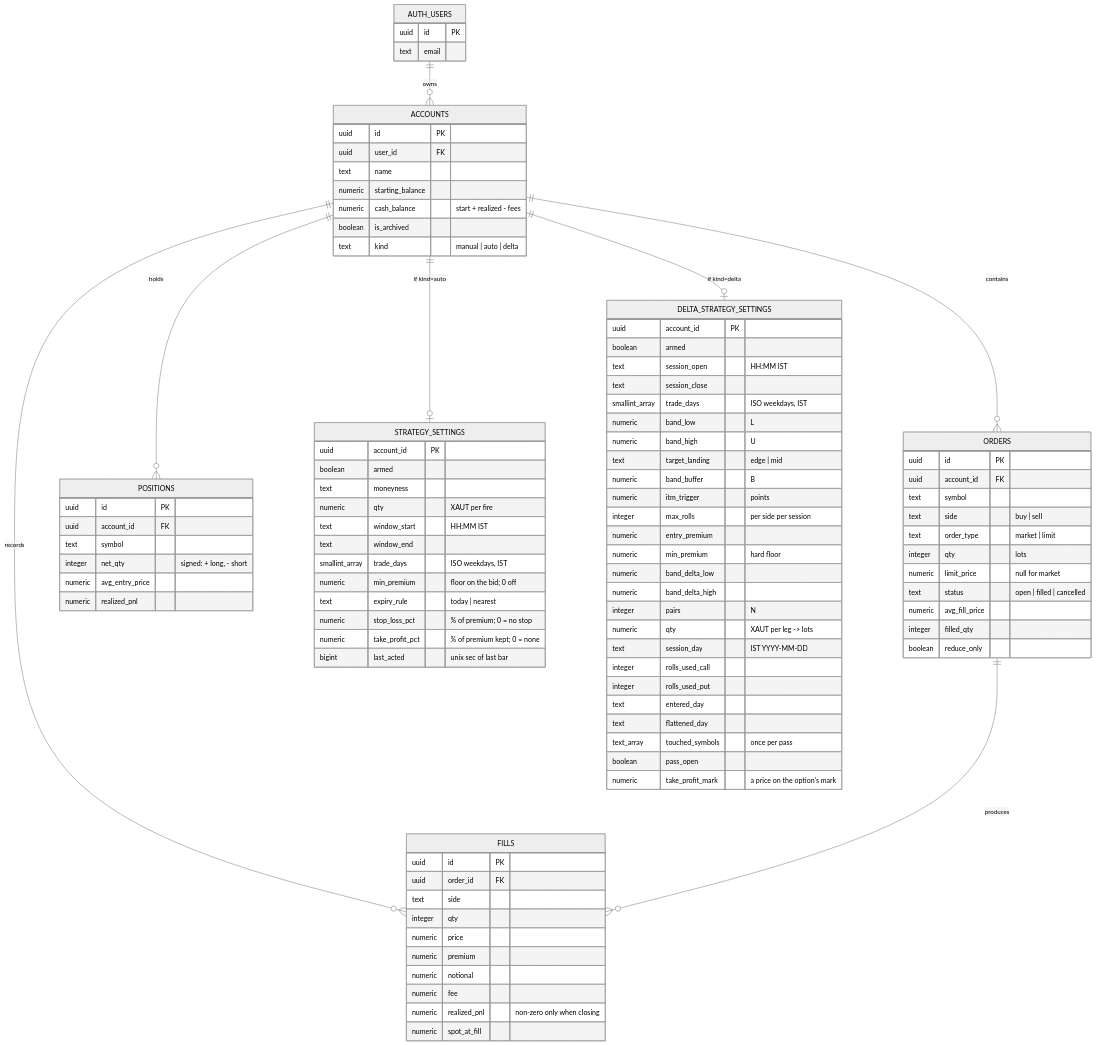
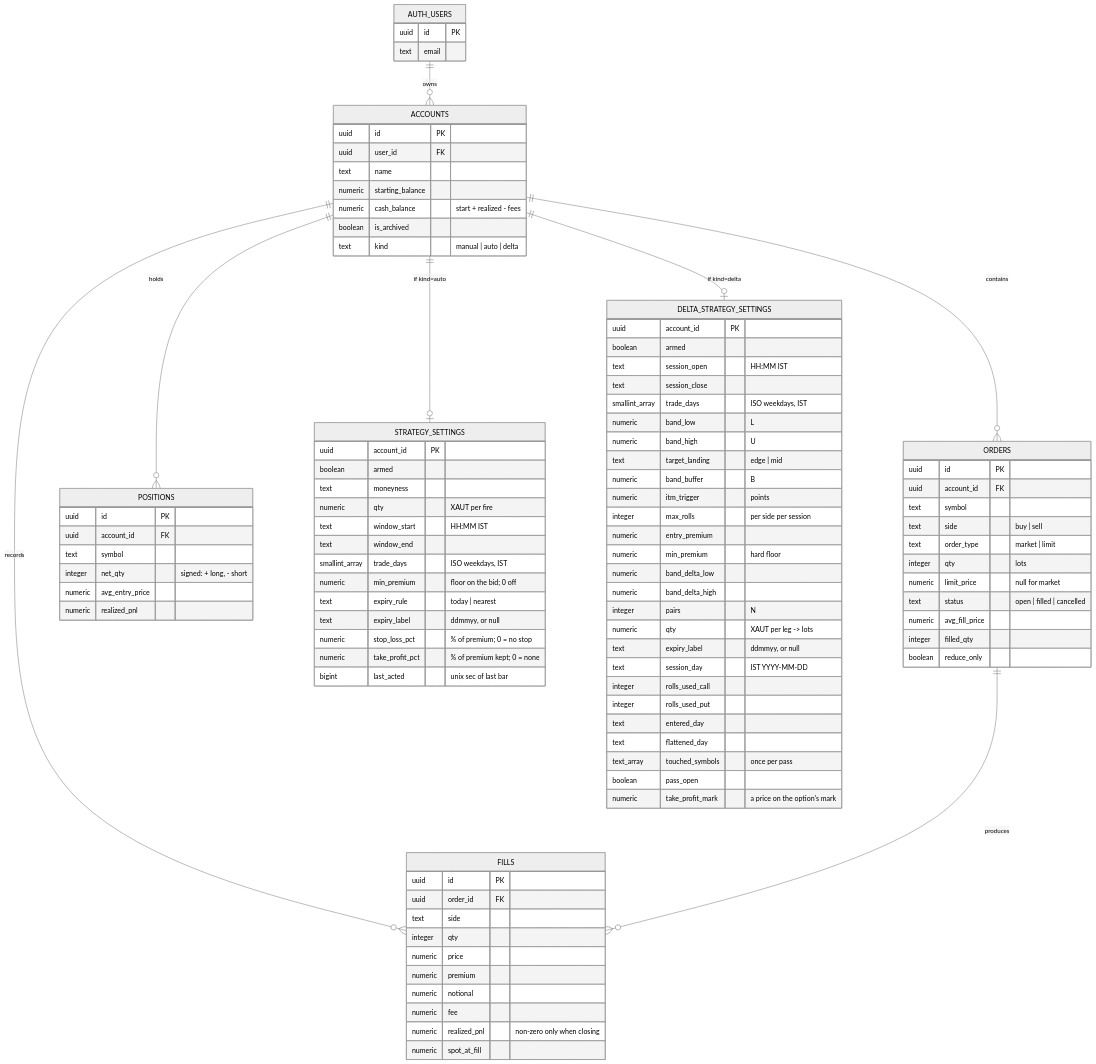
One commit to Vitti-Capital-Tech/XAUT-Options changed the first of 6 diagrams in docs/LLD.md. Above: the diagram before and after it, drawn with Mermaid (neutral theme). The commit also changed other lines of this file and 11 other files, not shown here.

```diff
--- a/docs/LLD.md
+++ b/docs/LLD.md
@@ -74,6 +74,7 @@
         smallint_array trade_days "ISO weekdays, IST"
         numeric min_premium "floor on the bid; 0 off"
         text expiry_rule "today | nearest"
+        text expiry_label "ddmmyy, or null"
         numeric stop_loss_pct "% of premium; 0 = no stop"
         numeric take_profit_pct "% of premium kept; 0 = none"
         bigint last_acted "unix sec of last bar"
@@ -96,6 +97,7 @@
         numeric band_delta_high
         integer pairs "N"
         numeric qty "XAUT per leg -> lots"
+        text expiry_label "ddmmyy, or null"
         text session_day "IST YYYY-MM-DD"
         integer rolls_used_call
         integer rolls_used_put
```
